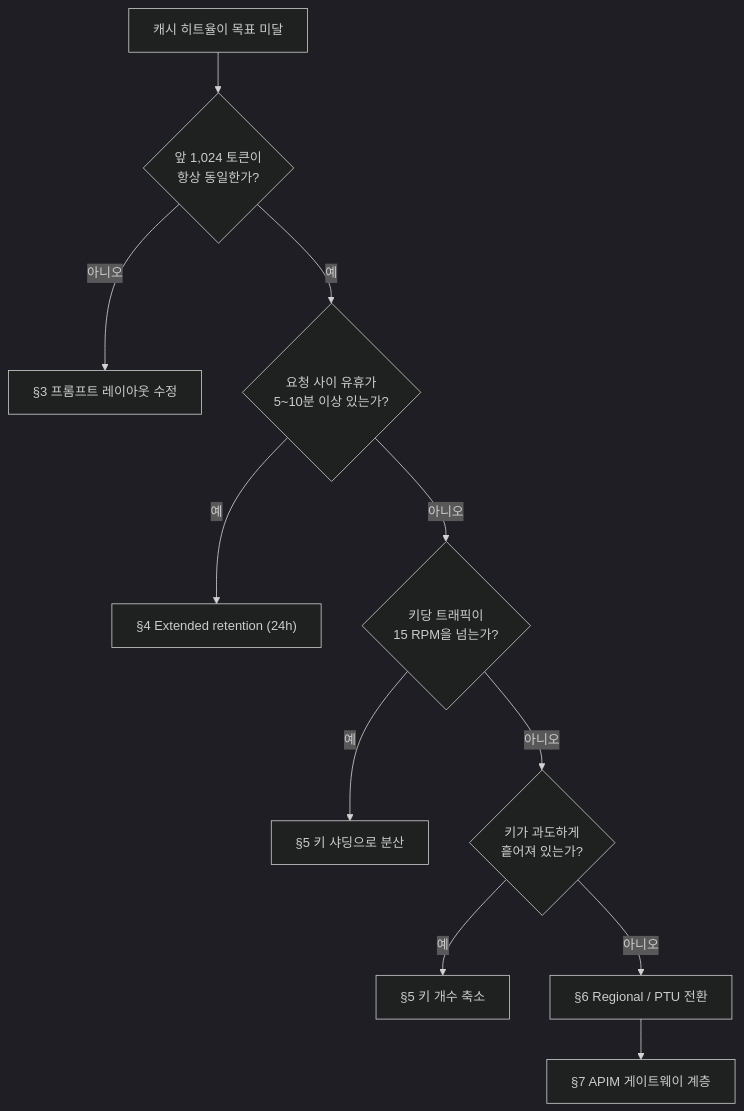
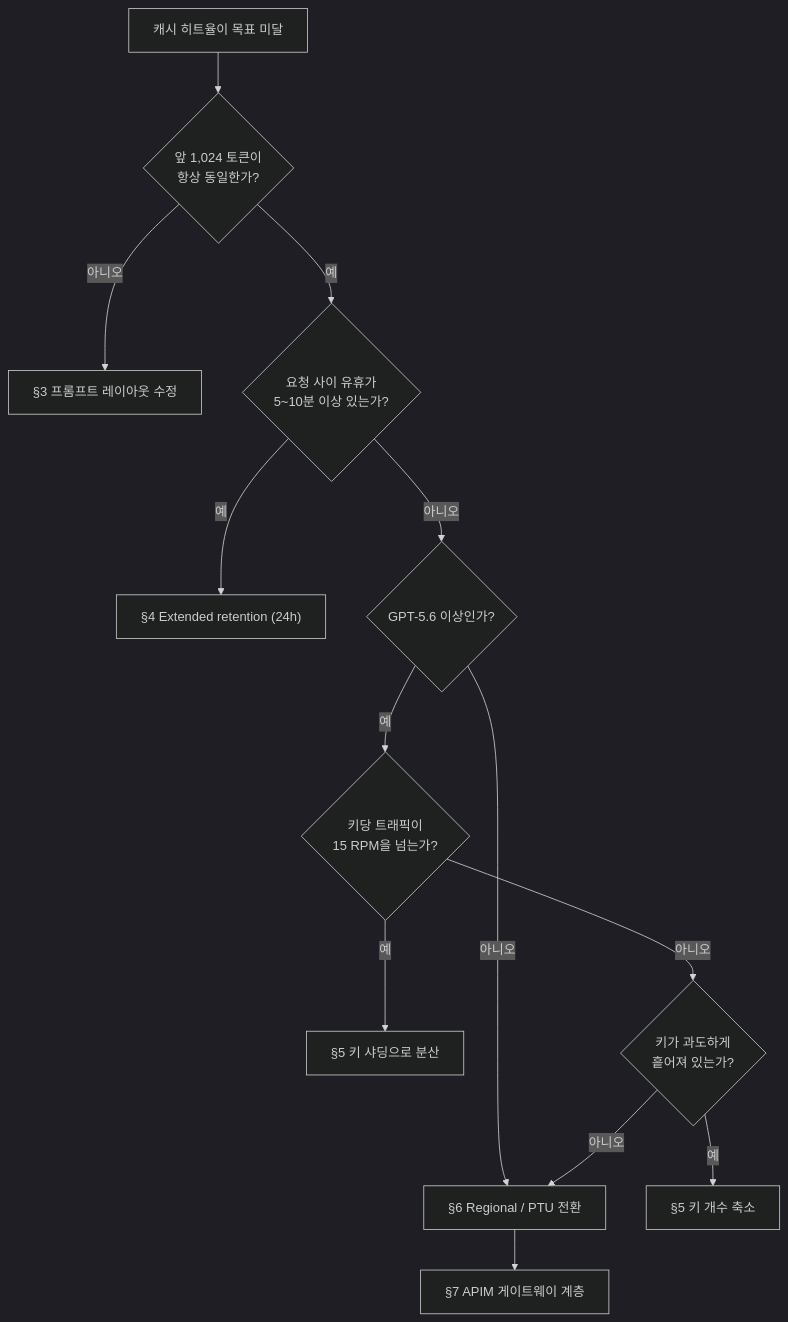
One commit to yunkyoungaum/aoai-onboarding-guide changed the fifth of 6 diagrams in guides/05-aoai-cache-performance/source.md. Above: the diagram before and after it, drawn with Mermaid (dark theme). The commit also changed other lines of this file and 1 other file, not shown here.

First line of the commit message:
docs(05): clarify that prompt_cache_key is GPT-5.6+ only

````diff
--- a/guides/05-aoai-cache-performance/source.md
+++ b/guides/05-aoai-cache-performance/source.md
@@ -402,13 +420,15 @@
 ```mermaid
 flowchart TB
     S["캐시 히트율이 목표 미달"] --> A{"앞 1,024 토큰이<br/>항상 동일한가?"}
     A -->|"아니오"| A1["§3 프롬프트 레이아웃 수정"]
     A -->|"예"| B{"요청 사이 유휴가<br/>5~10분 이상 있는가?"}
     B -->|"예"| B1["§4 Extended retention (24h)"]
-    B -->|"아니오"| C{"키당 트래픽이<br/>15 RPM을 넘는가?"}
+    B -->|"아니오"| M{"GPT-5.6 이상인가?"}
+    M -->|"아니오"| E["§6 Regional / PTU 전환"]
+    M -->|"예"| C{"키당 트래픽이<br/>15 RPM을 넘는가?"}
     C -->|"예"| C1["§5 키 샤딩으로 분산"]
     C -->|"아니오"| D{"키가 과도하게<br/>흩어져 있는가?"}
     D -->|"예"| D1["§5 키 개수 축소"]
-    D -->|"아니오"| E["§6 Regional / PTU 전환"]
+    D -->|"아니오"| E
     E --> F["§7 APIM 게이트웨이 계층"]
 ```
````
